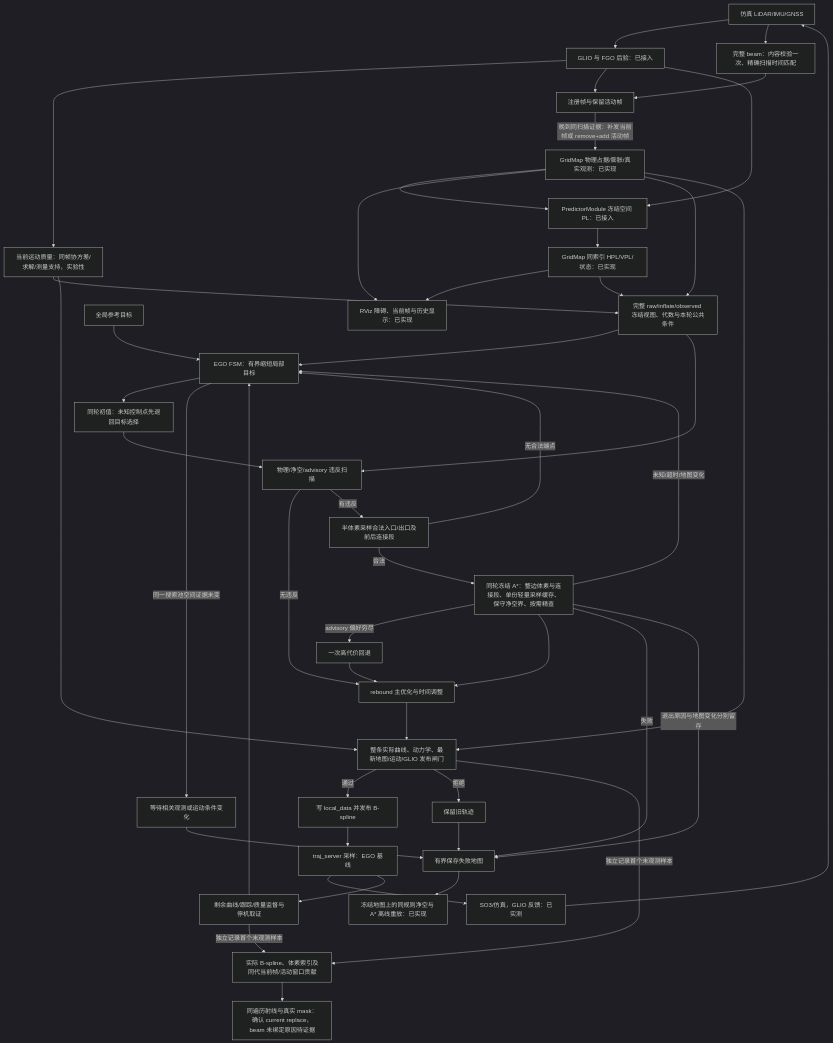
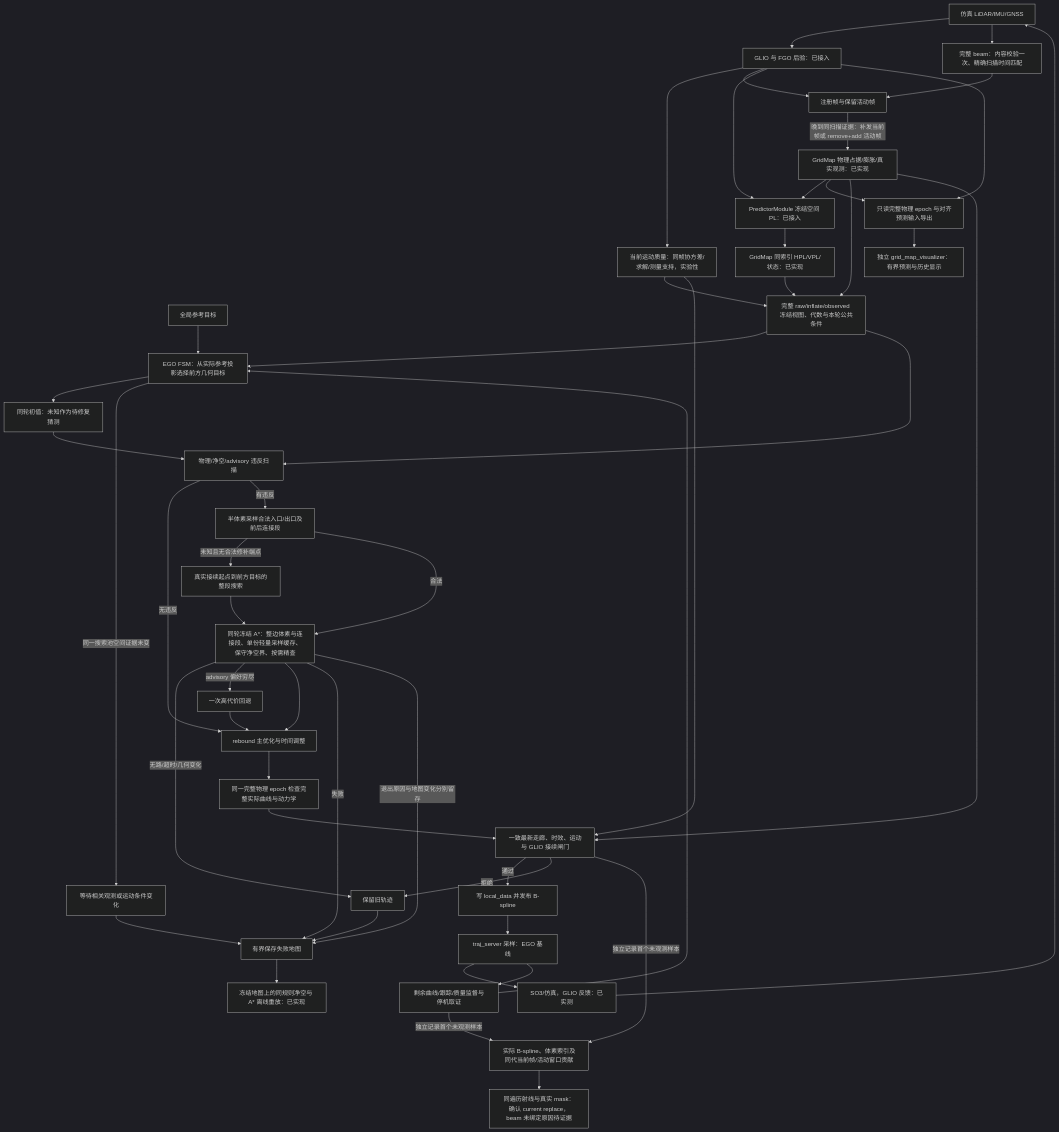
Before and after one commit to Printeger/iap: the second of 3 diagrams in docs/spec/ego_based_planning_flow.md, drawn with Mermaid (dark theme). The commit also changed other lines of this file and 32 other files, not shown here.

````diff
--- a/docs/spec/ego_based_planning_flow.md
+++ b/docs/spec/ego_based_planning_flow.md
@@ -104,49 +132,52 @@
 ```mermaid
 flowchart TD
     Sensors[仿真 LiDAR/IMU/GNSS] --> GLIO[GLIO 与 FGO 后验：已接入]
     GLIO --> Current[当前运动质量：同帧协方差/求解/测量支持，实验性]
     Sensors --> Beams[完整 beam：内容校验一次、精确扫描时间匹配]
     GLIO --> Registered[注册帧与保留活动帧]
     Beams --> Registered
     Registered -->|晚到同扫描证据：补发当前帧或 remove+add 活动帧| Map[GridMap 物理占据/膨胀/真实观测：已实现]
     GLIO --> Advisory[PredictorModule 冻结空间 PL：已接入]
     Map --> Advisory
     Advisory --> Risk[GridMap 同索引 HPL/VPL/状态：已实现]
-    Map --> Viz[RViz 障碍、当前帧与历史显示：已实现]
-    Risk --> Viz
-    Goal[全局参考目标] --> FSM[EGO FSM：有界缩短局部目标]
+    Map --> Export[只读完整物理 epoch 与对齐预测输入导出]
+    GLIO --> Export
+    Export --> Viz[独立 grid_map_visualizer：有界预测与历史显示]
+    Goal[全局参考目标] --> FSM[EGO FSM：从实际参考投影选择前方几何目标]
     Map --> Freeze[完整 raw/inflate/observed 冻结视图、代数与本轮公共条件]
     Current --> Freeze
     Risk --> Freeze
     Freeze --> FSM
-    FSM --> Init[同轮初值：未知控制点先退回目标选择]
+    FSM --> Init[同轮初值：未知作为待修复猜测]
     Init --> Scan[物理/净空/advisory 违反扫描]
     Freeze --> Scan
     Scan -->|无违反| Opt[rebound 主优化与时间调整]
     Scan -->|有违反| Endpoints[半体素采样合法入口/出口及前后连接段]
-    Endpoints -->|无合法端点| FSM
+    Endpoints -->|未知且无合法修补端点| Whole[真实接续起点到前方目标的整段搜索]
+    Whole --> Search
     Endpoints -->|合法| Search[同轮冻结 A*：整边体素与连接段、单份轻量采样缓存、保守净空界、按需精查]
-    Search -->|未知/超时/地图变化| FSM
+    Search -->|无路/超时/几何变化| Keep
     Search -->|advisory 偏好穷尽| SearchFallback[一次高代价回退]
     SearchFallback --> Opt
     Search --> Opt
-    Opt --> Final[整条实际曲线、动力学、最新地图/运动/GLIO 发布闸门]
+    Opt --> FrozenCurve[同一完整物理 epoch 检查完整实际曲线与动力学]
+    FrozenCurve --> Final[一致最新走廊、时效、运动与 GLIO 接续闸门]
     Map --> Final
     Current --> Final
     Final -->|通过| Commit[写 local_data 并发布 B-spline]
     Final -->|拒绝| Keep[保留旧轨迹]
     FSM -->|同一搜索池空间证据未变| Wait[等待相关观测或运动条件变化]
     Wait --> Evidence[有界保存 stall 地图]
     Keep --> Evidence[有界保存失败地图]
     Search -->|失败| Evidence
     Final -->|独立记录首个未观测样本| Hole[实际 B-spline、体素索引及同代当前帧/活动窗口贡献]
     Monitor -->|独立记录首个未观测样本| Hole
     Hole --> ObservationReplay[同遍历射线与真实 mask：确认 current replace，beam 未绑定原因待证据]
     Search -->|退出原因与地图变化分别留存| Evidence
     Evidence --> Replay[冻结地图上的同规则净空与 A* 离线重放：已实现]
     Commit --> Server[traj_server 采样：EGO 基线]
     Server --> Control[SO3/仿真，GLIO 反馈：已实测]
     Control --> Sensors
     Server --> Monitor[剩余曲线/跟踪/质量监督与停机取证]
     Monitor --> FSM
 ```
````
